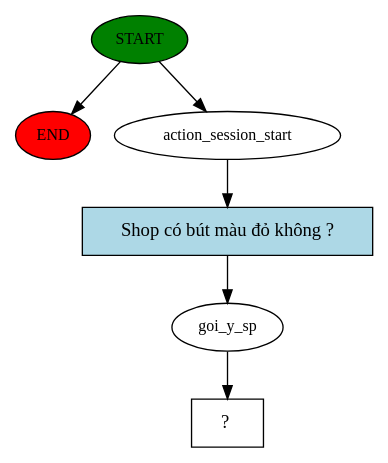
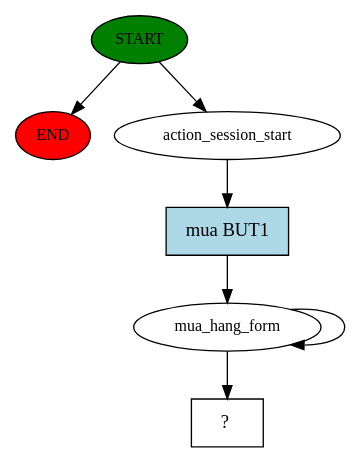
One commit to ltanh1906/webbot changed the diagram in story_graph.dot. Above: the diagram before and after it, drawn with Graphviz. The commit also changed 12 other files, not shown here.

Commit message:
form xac nhan gio hang

```diff
--- a/story_graph.dot
+++ b/story_graph.dot
@@ -1,13 +1,14 @@
 digraph  {
 0 [class="start active", fillcolor=green, fontsize=12, label=START, style=filled];
 "-1" [class=end, fillcolor=red, fontsize=12, label=END, style=filled];
 1 [class=active, fontsize=12, label=action_session_start];
-2 [class=active, fontsize=12, label=goi_y_sp];
-3 [class="intent dashed active", label="  ?  ", shape=rect];
-4 [class="intent active", fillcolor=lightblue, label="Shop có bút màu đỏ không ?", shape=rect, style=filled];
+2 [class=active, fontsize=12, label=mua_hang_form];
+5 [class="intent dashed active", label="  ?  ", shape=rect];
+6 [class="intent active", fillcolor=lightblue, label="\mua BUT1", shape=rect, style=filled];
 0 -> "-1"  [class="", key=NONE, label=""];
 0 -> 1  [class=active, key=NONE, label=""];
-1 -> 4  [class=active, key=0];
-2 -> 3  [class=active, key=NONE, label=""];
-4 -> 2  [class=active, key=0];
+1 -> 6  [class=active, key=0];
+2 -> 2  [class=active, key=NONE, label=""];
+2 -> 5  [class=active, key=NONE, label=""];
+6 -> 2  [class=active, key=0];
 }
```
